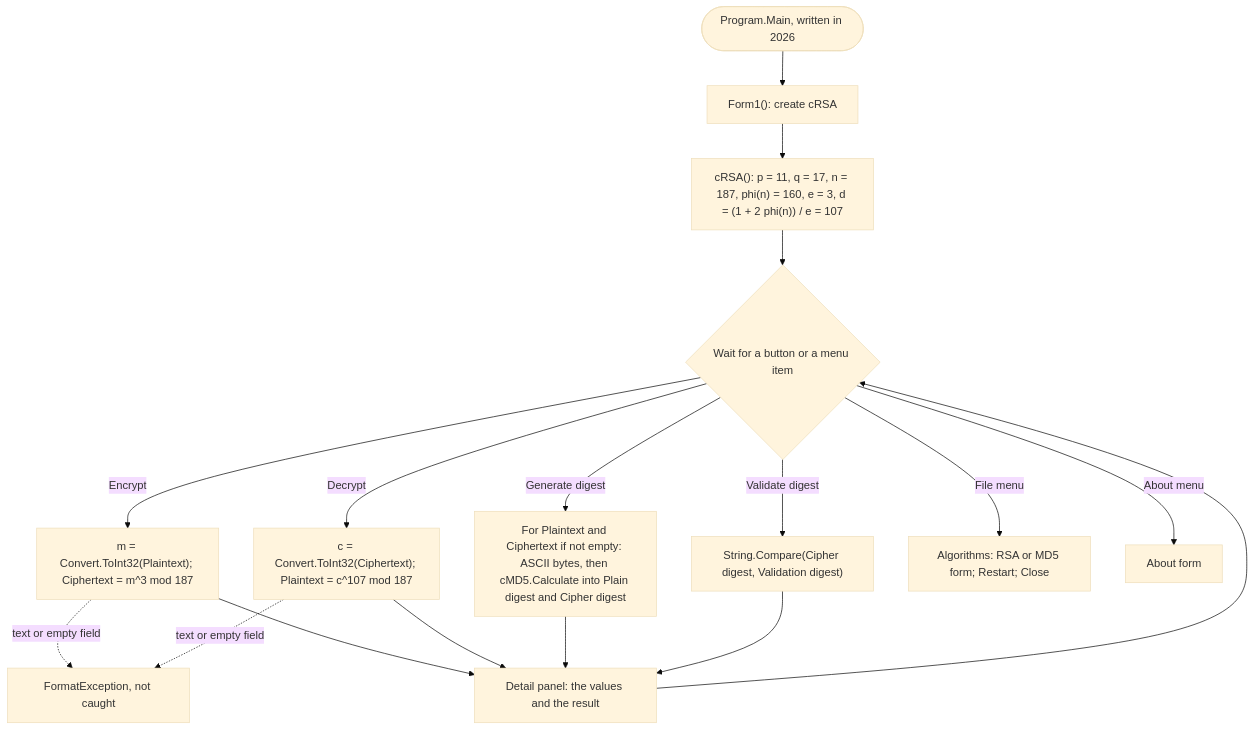
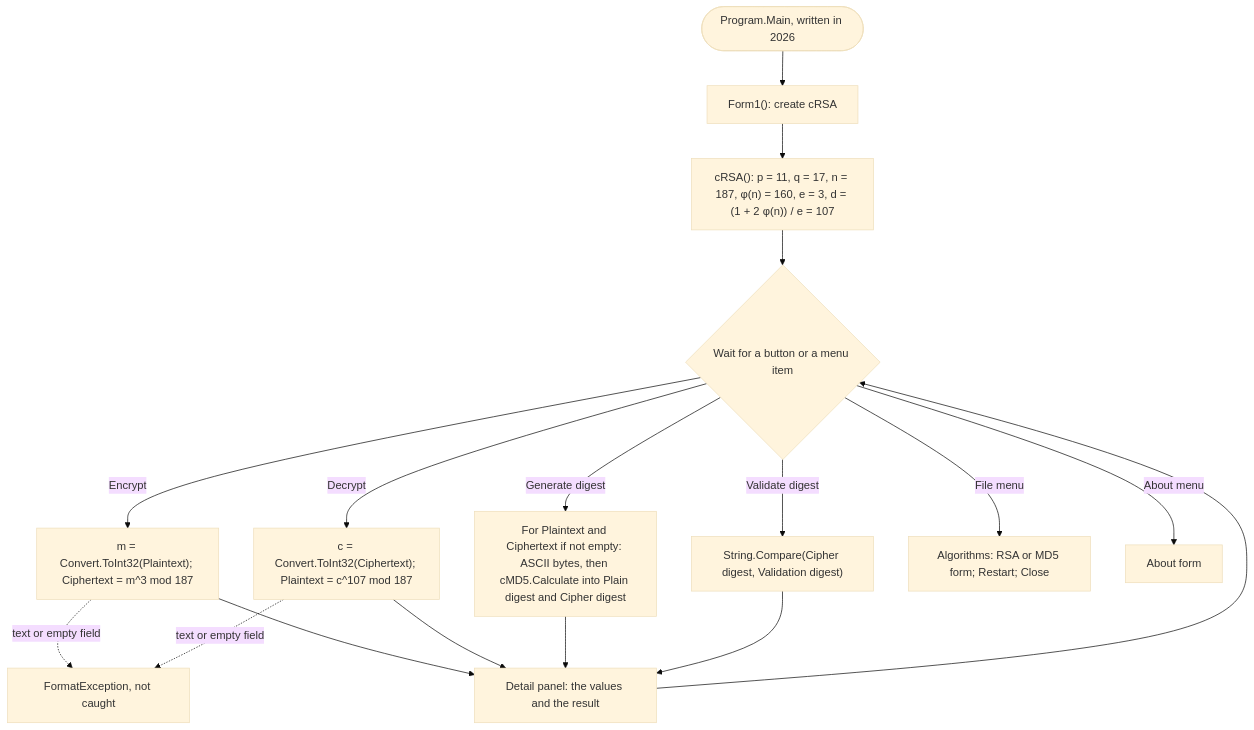
One commit to mtorun0x7cd/raven-one-simulink changed the first of 2 diagrams in README.md. Above: the diagram before and after it, drawn with Mermaid (base theme). The commit also changed other lines of this file, not shown here.

First line of the commit message:
docs: give the program flow as the flow of 2021 that the printed handlers imply

````diff
--- a/README.md
+++ b/README.md
@@ -208,21 +208,21 @@
 ```mermaid
 flowchart TD
     accTitle: Program flow of Raven One SimuLink
-    accDescr: Program.Main, the entry point written in 2026, opens the main window, whose constructor creates the RSA object, which computes the keys once. The window then waits for a button or a menu item. Encrypt and Decrypt convert a text field to an integer and compute its third or 107th power modulo 187; text in the field raises a FormatException that no handler catches. Generate digest hashes each field that is not empty with cMD5. Validate digest compares the cipher digest with the typed validation digest. The detail panel shows the values of each step. The File menu opens the RSA and MD5 description forms, restarts or closes the program; the About menu opens the About form.
+    accDescr: Program.Main, the entry point written in 2026, opens the main window, whose constructor creates the RSA object, which computes the keys once. The window then waits for a button or a menu item; which control calls which handler is inferred from the handler names. Encrypt and Decrypt convert a text field to an integer and compute its third or 107th power modulo 187; text in the field raises a FormatException that no handler catches. Generate digest hashes each field that is not empty with cMD5. Validate digest compares the cipher digest with the typed validation digest. The detail panel shows the values of each step. The File menu opens the RSA and MD5 description forms, restarts or closes the program; the About menu opens the About form.
     start(["Program.Main, written in 2026"]) --> window["Form1(): create cRSA"]
-    window --> keys["cRSA(): p = 11, q = 17, n = 187, phi(n) = 160, e = 3, d = (1 + 2 phi(n)) / e = 107"]
+    window --> keys["cRSA(): p = 11, q = 17, n = 187, φ(n) = 160, e = 3, d = (1 + 2 φ(n)) / e = 107"]
     keys --> wait{"Wait for a button or a menu item"}
     wait -->|Encrypt| enc["m = Convert.ToInt32(Plaintext); Ciphertext = m^3 mod 187"]
     wait -->|Decrypt| dec["c = Convert.ToInt32(Ciphertext); Plaintext = c^107 mod 187"]
     wait -->|Generate digest| md5["For Plaintext and Ciphertext if not empty: ASCII bytes, then cMD5.Calculate into Plain digest and Cipher digest"]
     wait -->|Validate digest| val["String.Compare(Cipher digest, Validation digest)"]
     wait -->|File menu| menu["Algorithms: RSA or MD5 form; Restart; Close"]
     wait -->|About menu| about["About form"]
     enc -.->|text or empty field| err["FormatException, not caught"]
     dec -.->|text or empty field| err
     enc --> panel["Detail panel: the values and the result"]
     dec --> panel
     md5 --> panel
     val --> panel
     panel --> wait
 ```
````
